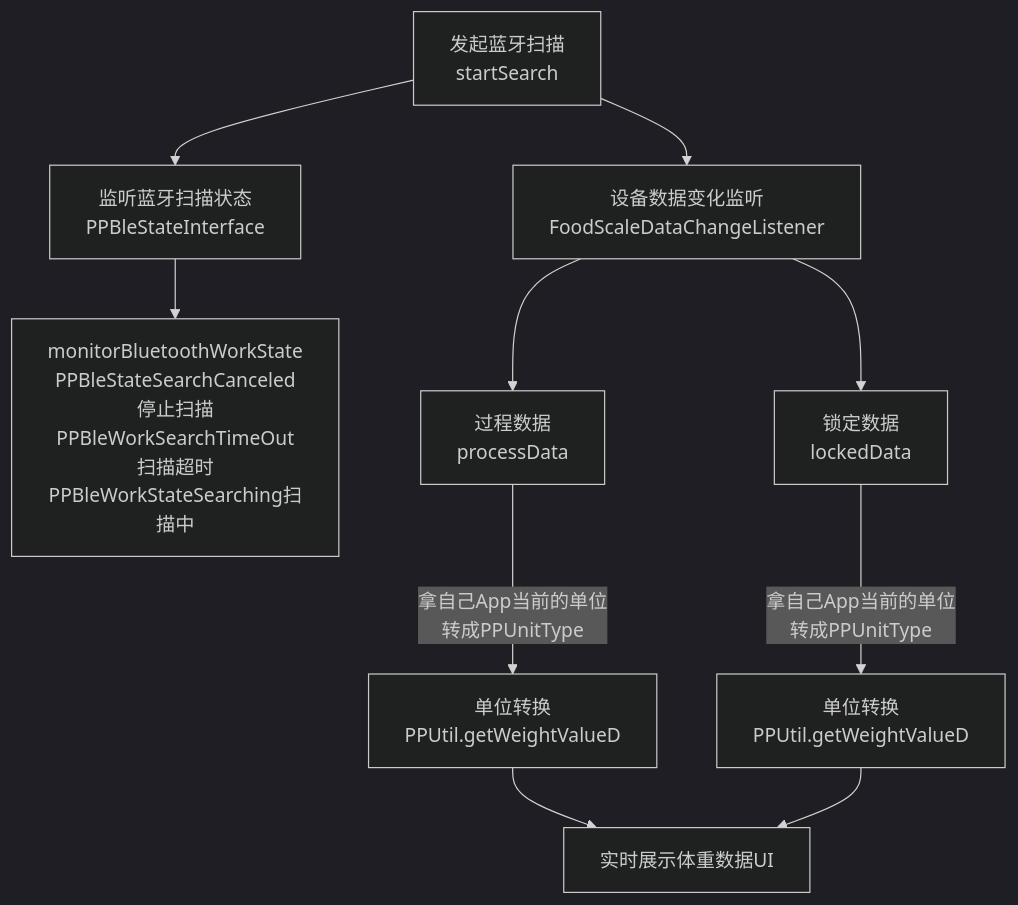
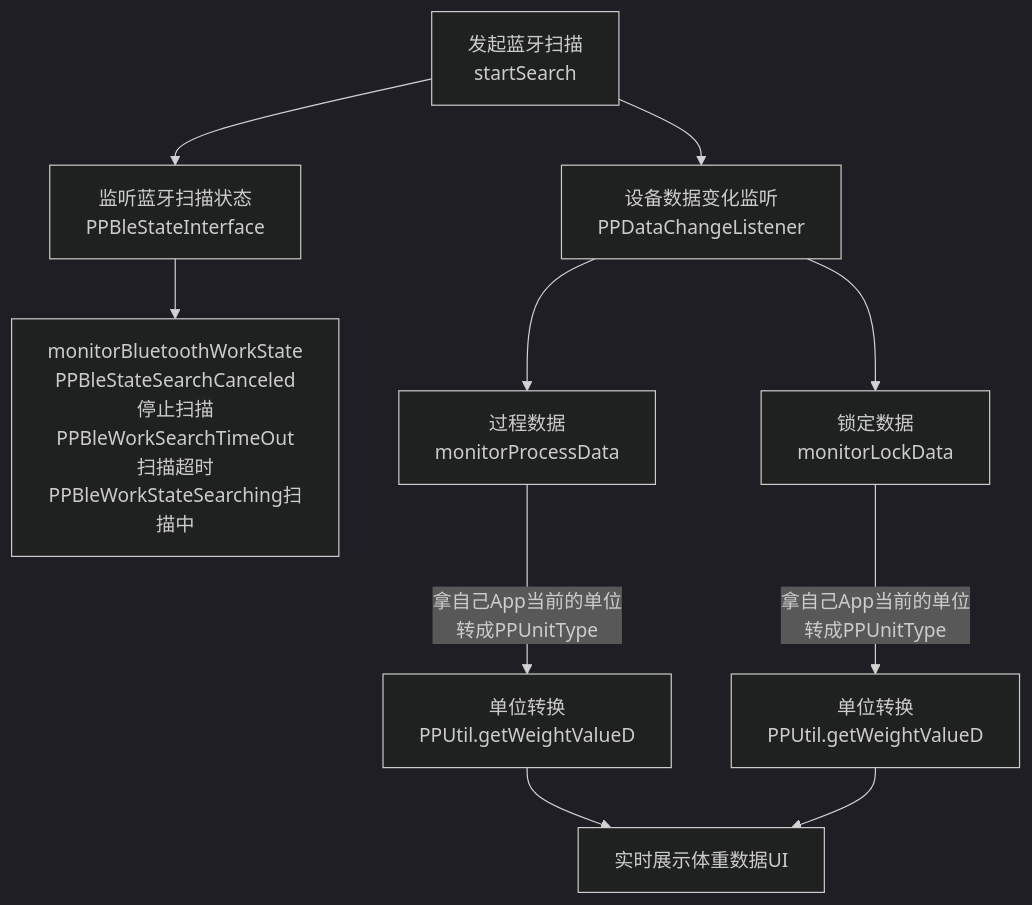
Before and after one commit to LefuHengqi/BluetoothKit-AndroidDemo: diagram 12 of 21 in README.md, drawn with Mermaid (dark theme). The commit also changed other lines of this file, not shown here.

````diff
--- a/README.md
+++ b/README.md
@@ -537,9 +550,9 @@
 ```mermaid  
 graph TD 
 A[发起蓝牙扫描<br>startSearch]-->B[监听蓝牙扫描状态<br>PPBleStateInterface]-->C[monitorBluetoothWorkState<br>PPBleStateSearchCanceled停止扫描<br>PPBleWorkSearchTimeOut扫描超时<br>PPBleWorkStateSearching扫描中]  
-A-->F[设备数据变化监听<br>FoodScaleDataChangeListener]  
-F-->G1[过程数据<br>processData]  
-F-->G2[锁定数据<br>lockedData]  
+A-->F[设备数据变化监听<br>PPDataChangeListener]  
+F-->G1[过程数据<br>monitorProcessData]  
+F-->G2[锁定数据<br>monitorLockData]  
 G1--拿自己App当前的单位<br>转成PPUnitType-->H1[单位转换<br>PPUtil.getWeightValueD]-->I1[实时展示体重数据UI]  
-G2--拿自己App当前的单位<br>转成PPUnitType-->H2[单位转换<br>PPUtil.getWeightValueD]-->I1[实时展示体重数据UI]
-```
+G2--拿自己App当前的单位<br>转成PPUnitType-->H2[单位转换<br>PPUtil.getWeightValueD]-->I1[实时展示体重数据UI]  
+```  
````
